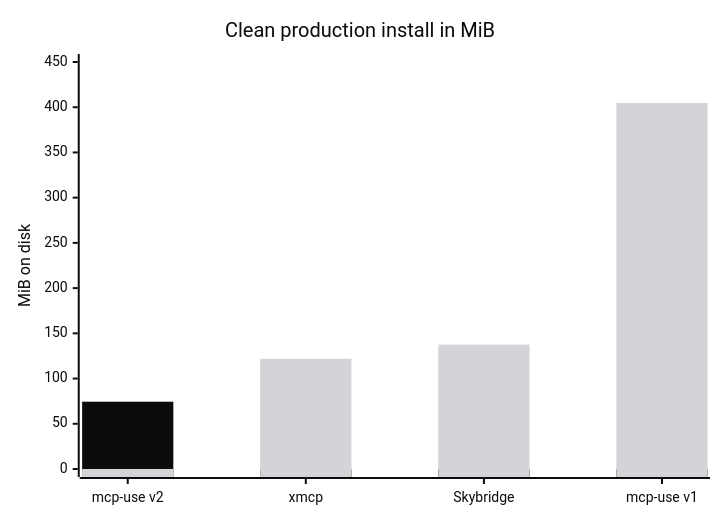
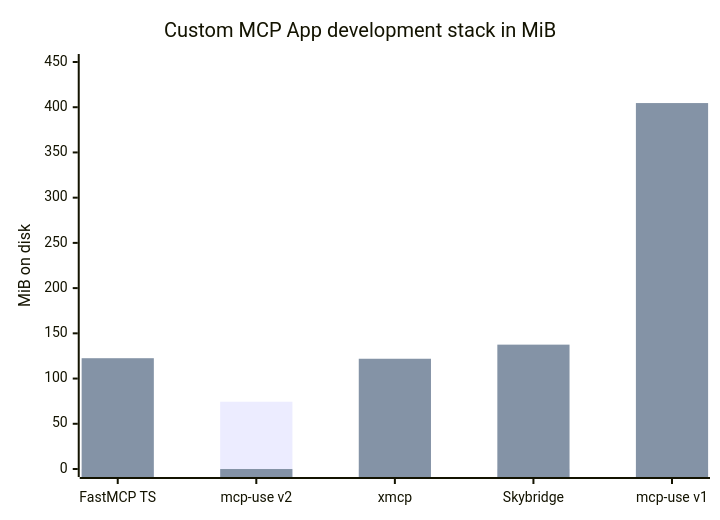
One commit to mcp-use/mcp-use changed the third of 4 diagrams in benchmark.md. Above: the diagram before and after it, drawn with Mermaid. The commit also changed other lines of this file and 1 other file, not shown here.

First line of the commit message:
docs: compare FastMCP TypeScript (#2060)

````diff
--- a/benchmark.md
+++ b/benchmark.md
@@ -123,24 +97,8 @@
 ```mermaid
----
-config:
-  themeVariables:
-    xyChart:
-      backgroundColor: "#ffffff"
-      titleColor: "#0c0c0c"
-      xAxisLabelColor: "#0c0c0c"
-      xAxisTitleColor: "#0c0c0c"
-      xAxisTickColor: "#0c0c0c"
-      xAxisLineColor: "#0c0c0c"
-      yAxisLabelColor: "#0c0c0c"
-      yAxisTitleColor: "#0c0c0c"
-      yAxisTickColor: "#0c0c0c"
-      yAxisLineColor: "#0c0c0c"
-      plotColorPalette: "#0c0c0c, #d4d4d8"
----
 xychart
-  title "Clean production install in MiB"
-  x-axis ["mcp-use v2", "xmcp", "Skybridge", "mcp-use v1"]
+  title "Custom MCP App development stack in MiB"
+  x-axis ["FastMCP TS", "mcp-use v2", "xmcp", "Skybridge", "mcp-use v1"]
   y-axis "MiB on disk" 0 --> 450
-  bar [74.4, 0, 0, 0]
-  bar [0, 121.9, 137.5, 404.6]
+  bar [0, 74.4, 0, 0, 0]
+  bar [122.5, 0, 121.9, 137.5, 404.6]
 ```
````
